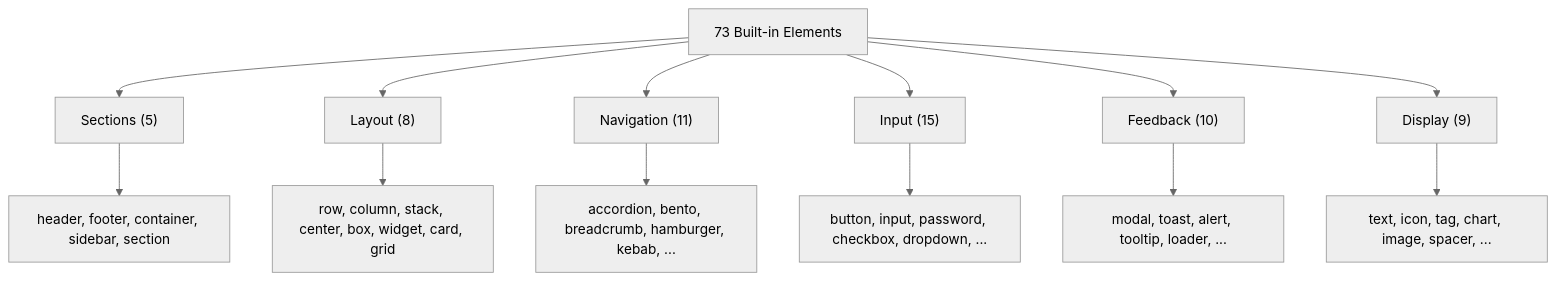
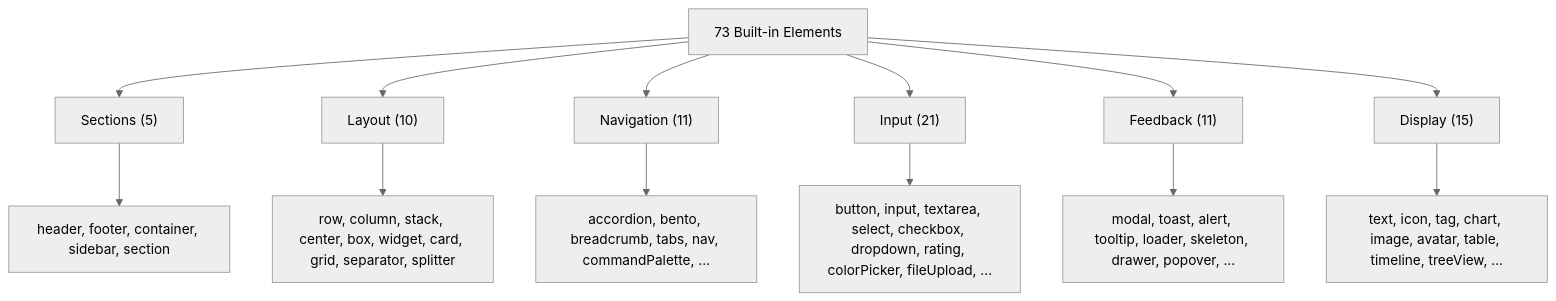
One commit to voxmastery/newter changed the diagram in docs/website/docs/language/elements.md. Above: the diagram before and after it, drawn with Mermaid (neutral theme). The commit also changed other lines of this file and 1 other file, not shown here.

````diff
--- a/docs/website/docs/language/elements.md
+++ b/docs/website/docs/language/elements.md
@@ -12,15 +12,15 @@
 ```mermaid
 flowchart TD
     A["73 Built-in Elements"] --> B["Sections (5)"]
-    A --> C["Layout (8)"]
+    A --> C["Layout (10)"]
     A --> D["Navigation (11)"]
-    A --> E["Input (15)"]
-    A --> F["Feedback (10)"]
-    A --> G["Display (9)"]
+    A --> E["Input (21)"]
+    A --> F["Feedback (11)"]
+    A --> G["Display (15)"]
     B --> B1["header, footer, container, sidebar, section"]
-    C --> C1["row, column, stack, center, box, widget, card, grid"]
-    D --> D1["accordion, bento, breadcrumb, hamburger, kebab, ..."]
-    E --> E1["button, input, password, checkbox, dropdown, ..."]
-    F --> F1["modal, toast, alert, tooltip, loader, ..."]
-    G --> G1["text, icon, tag, chart, image, spacer, ..."]
+    C --> C1["row, column, stack, center, box, widget, card, grid, separator, splitter"]
+    D --> D1["accordion, bento, breadcrumb, tabs, nav, commandPalette, ..."]
+    E --> E1["button, input, textarea, select, checkbox, dropdown, rating, colorPicker, fileUpload, ..."]
+    F --> F1["modal, toast, alert, tooltip, loader, skeleton, drawer, popover, ..."]
+    G --> G1["text, icon, tag, chart, image, avatar, table, timeline, treeView, ..."]
 ```
````
